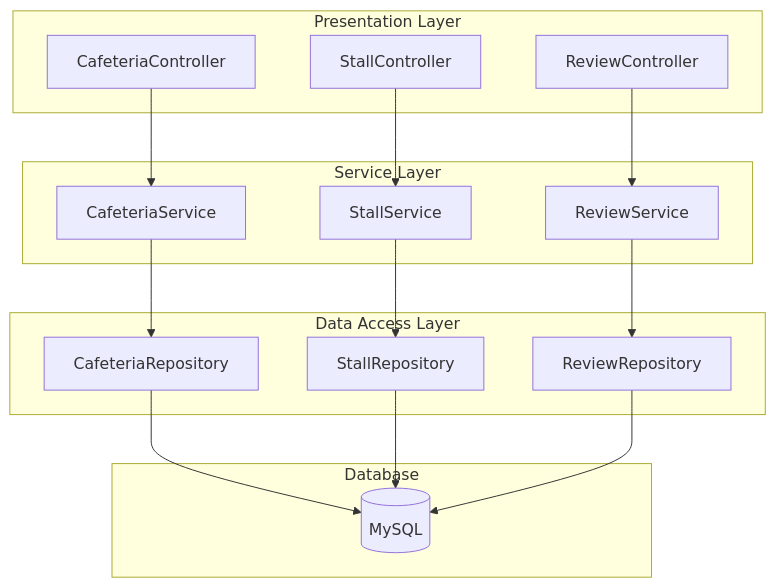
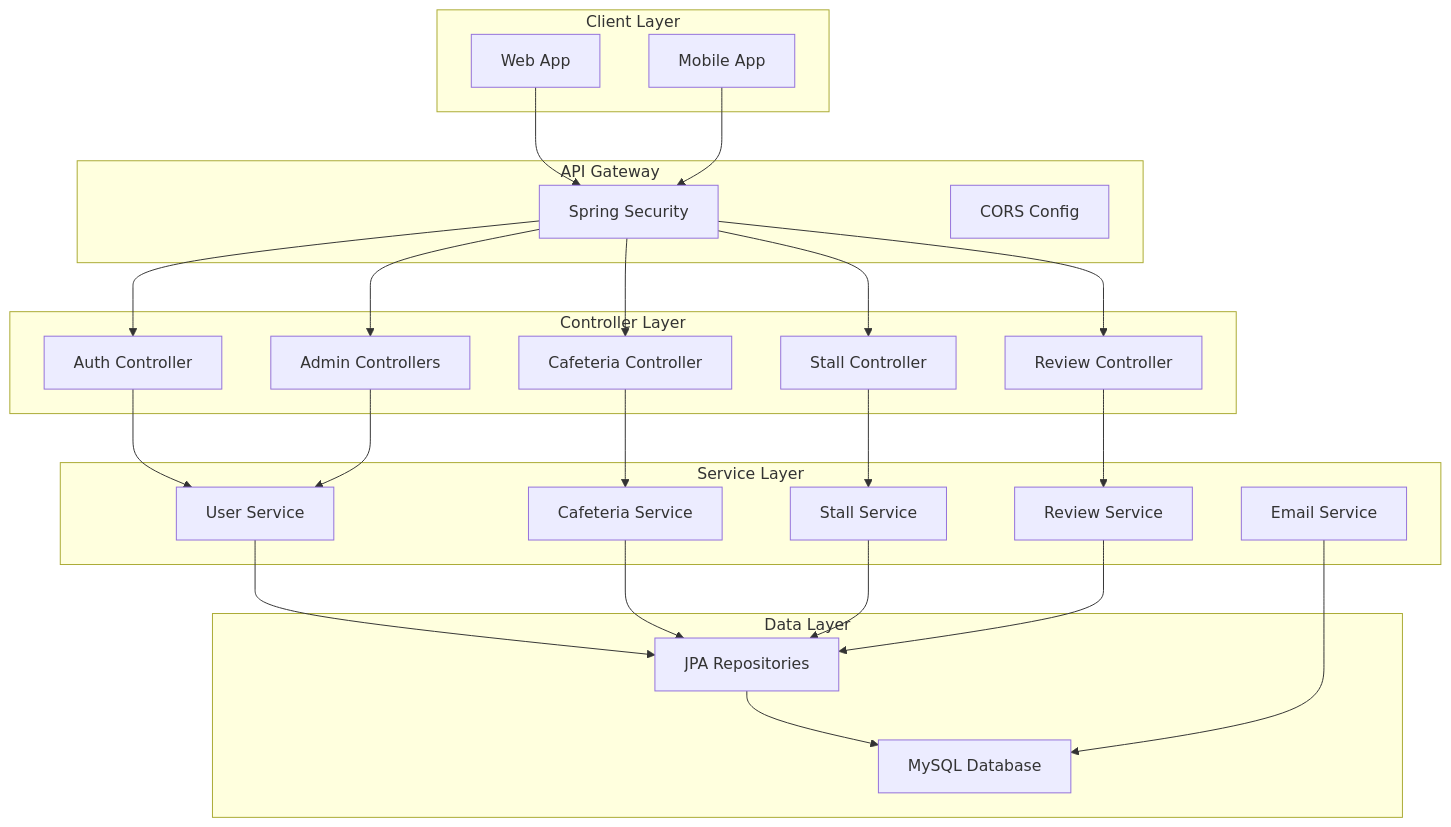
The first of 2 diagrams in README.md (SWE5006-Group-7/NUSHungry-Backend-microservices), drawn with Mermaid before and after one commit. The commit also changed other lines of this file and 21 other files, not shown here.

First line of the commit message:
feat: Add comprehensive integration tests for Cafeteria, Review, Stall controllers and authentication flows

````diff
--- a/README.md
+++ b/README.md
@@ -11,30 +14,52 @@
 ```mermaid
 graph TD
-    subgraph Presentation Layer
-        A[CafeteriaController]
-        B[StallController]
-        C[ReviewController]
+    subgraph "Client Layer"
+        A[Web App]
+        B[Mobile App]
     end
-    subgraph Service Layer
-        D[CafeteriaService]
-        E[StallService]
-        F[ReviewService]
+
+    subgraph "API Gateway"
+        C[Spring Security]
+        D[CORS Config]
     end
-    subgraph Data Access Layer
-        G[CafeteriaRepository]
-        H[StallRepository]
-        I[ReviewRepository]
+
+    subgraph "Controller Layer"
+        E[Auth Controller]
+        F[Cafeteria Controller]
+        G[Stall Controller]
+        H[Review Controller]
+        I[Admin Controllers]
     end
-    subgraph Database
-        J[(MySQL)]
+
+    subgraph "Service Layer"
+        J[User Service]
+        K[Cafeteria Service]
+        L[Stall Service]
+        M[Review Service]
+        N[Email Service]
     end
-    A --> D
-    B --> E
+
+    subgraph "Data Layer"
+        O[JPA Repositories]
+        P[MySQL Database]
+    end
+
+    A --> C
+    B --> C
+    C --> E
     C --> F
-    D --> G
-    E --> H
-    F --> I
-    G --> J
-    H --> J
+    C --> G
+    C --> H
+    C --> I
+    E --> J
+    F --> K
+    G --> L
+    H --> M
     I --> J
+    J --> O
+    K --> O
+    L --> O
+    M --> O
+    O --> P
+    N --> P
 ```
````
